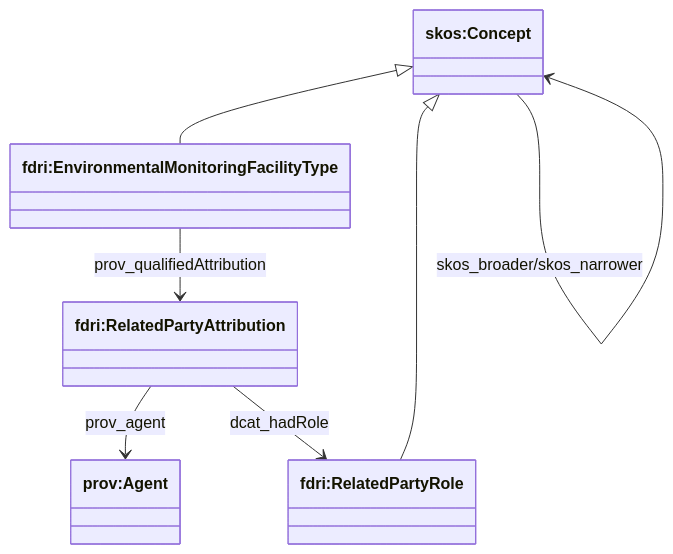
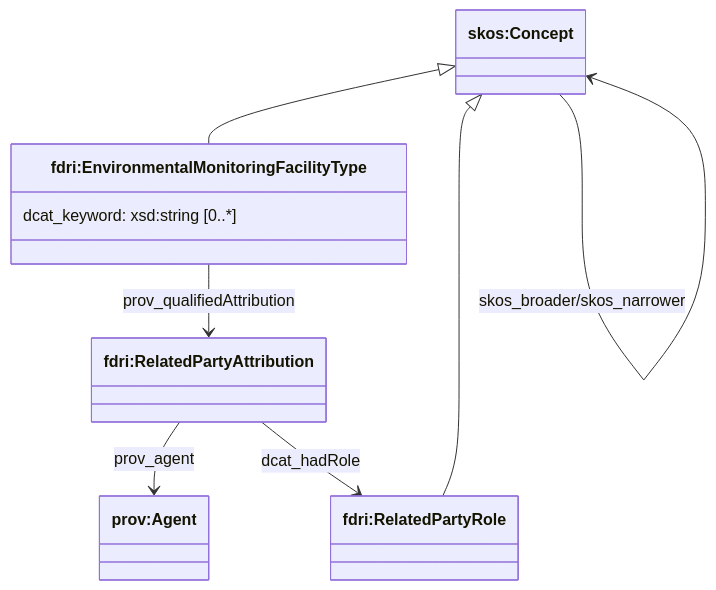
Before and after one commit to NERC-CEH/fdri-ontology: the third of 7 diagrams in doc/emf.md, drawn with Mermaid. The commit also changed other lines of this file, not shown here.

Commit message:
Document use of dcat:keyword on fdri:EMFType (#8)

````diff
--- a/doc/emf.md
+++ b/doc/emf.md
@@ -119,15 +120,17 @@
 ```mermaid
 classDiagram
-class EMFType["fdri:EnvironmentalMonitoringFacilityType"]
+class EMFType["fdri:EnvironmentalMonitoringFacilityType"] {
+  dcat_keyword: xsd:string [0..*]
+}
 class Concept["skos:Concept"]
 class RPA["fdri:RelatedPartyAttribution"]
 class Agent["prov:Agent"]
 class RPR["fdri:RelatedPartyRole"]
 
 Concept <|-- EMFType
 Concept <|-- RPR
 EMFType --> RPA: prov_qualifiedAttribution
 RPA --> Agent: prov_agent
 RPA --> RPR : dcat_hadRole
-Concept --> Concept: skos_broader/skos_narrower 
+Concept --> Concept: skos_broader/skos_narrower
 ```
````
